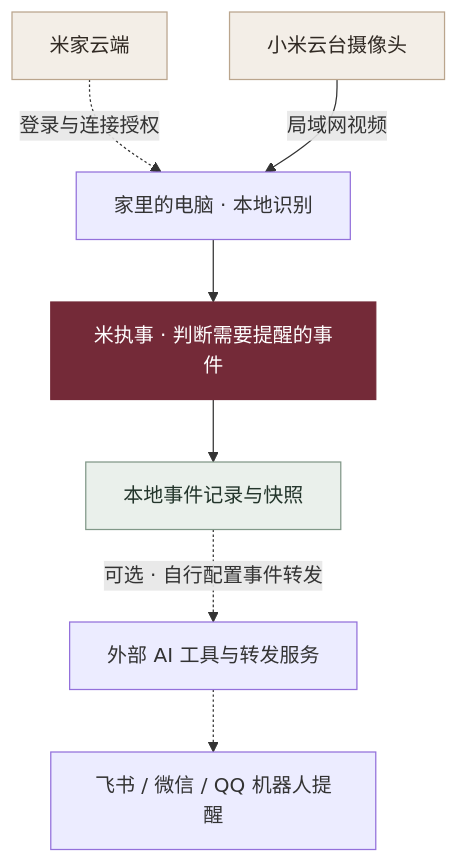
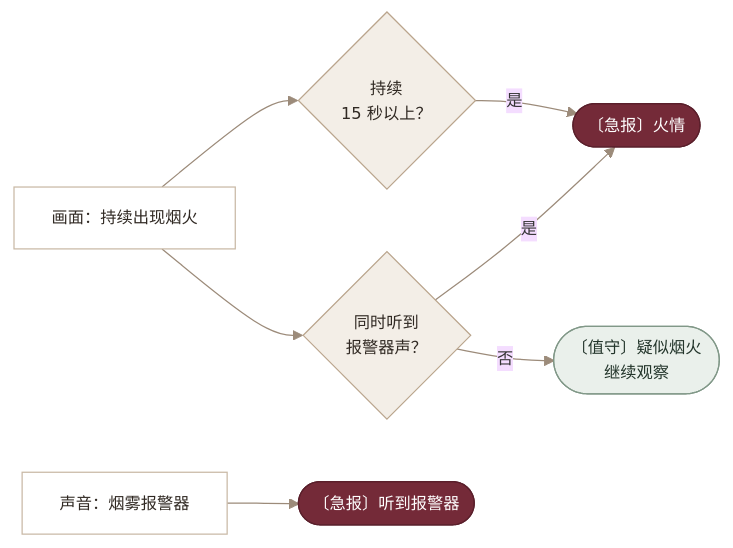
One commit to JuneYaooo/caregiving-eye changed the third of 3 diagrams in README.md. Above: the diagram before and after it, drawn with Mermaid. The commit also changed other lines of this file and 16 other files, not shown here.

````diff
--- a/README.md
+++ b/README.md
@@ -85,14 +174,15 @@
 ```mermaid
-flowchart TD
-    cloud[米家云端] -.->|登录与连接授权| vision[家里的电脑 · 本地识别]
-    camera[小米云台摄像头] -->|局域网视频| vision
-    vision --> butler[米执事 · 判断需要提醒的事件]
-    butler --> local[本地事件记录与快照]
-    local -.->|可选 · 自行配置事件转发| gateway[外部 AI 工具与转发服务]
-    gateway -.-> notifications[飞书 / 微信 / QQ 机器人提醒]
+%%{init: {"theme": "base", "themeVariables": {"fontFamily": "PingFang SC, Microsoft YaHei, sans-serif", "fontSize": "13px", "lineColor": "#9C8B7A"}}}%%
+flowchart LR
+    v1["画面：持续出现烟火"]:::sig --> q1{同时听到<br/>报警器声？}:::gate
+    v1 --> q2{持续<br/>15 秒以上？}:::gate
+    q1 -- 是 --> crit(["〔急报〕火情"]):::crit
+    q2 -- 是 --> crit
+    q1 -- 否 --> guard(["〔值守〕疑似烟火<br/>继续观察"]):::guard
+    a1["声音：烟雾报警器"]:::sig --> crit2(["〔急报〕听到报警器"]):::crit
 
-    style cloud fill:#F3EEE7,stroke:#BAA58D,color:#302923
-    style camera fill:#F3EEE7,stroke:#BAA58D,color:#302923
-    style butler fill:#742A38,stroke:#742A38,color:#FFFFFF
-    style local fill:#EAF0EB,stroke:#819888,color:#23352B
+    classDef sig fill:#FFFFFF,stroke:#C9B9A6,color:#302923
+    classDef gate fill:#F3EEE7,stroke:#BAA58D,color:#302923
+    classDef crit fill:#742A38,stroke:#5A1F2B,color:#FFFFFF
+    classDef guard fill:#EAF0EB,stroke:#819888,color:#23352B
 ```
````
